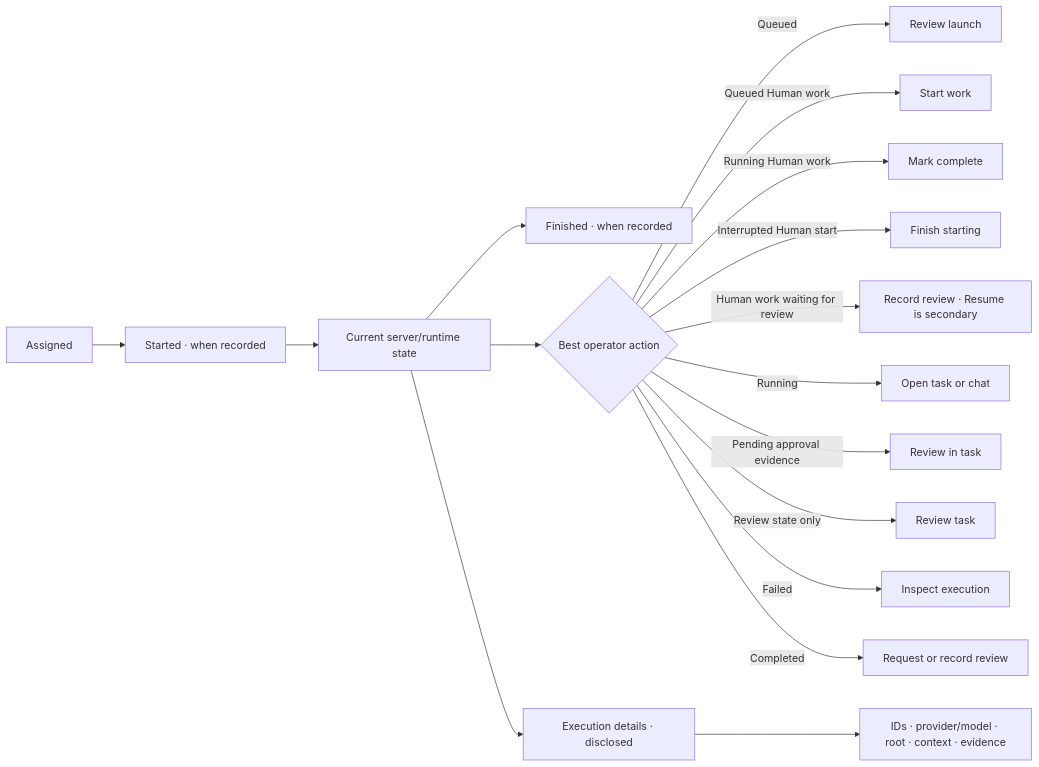
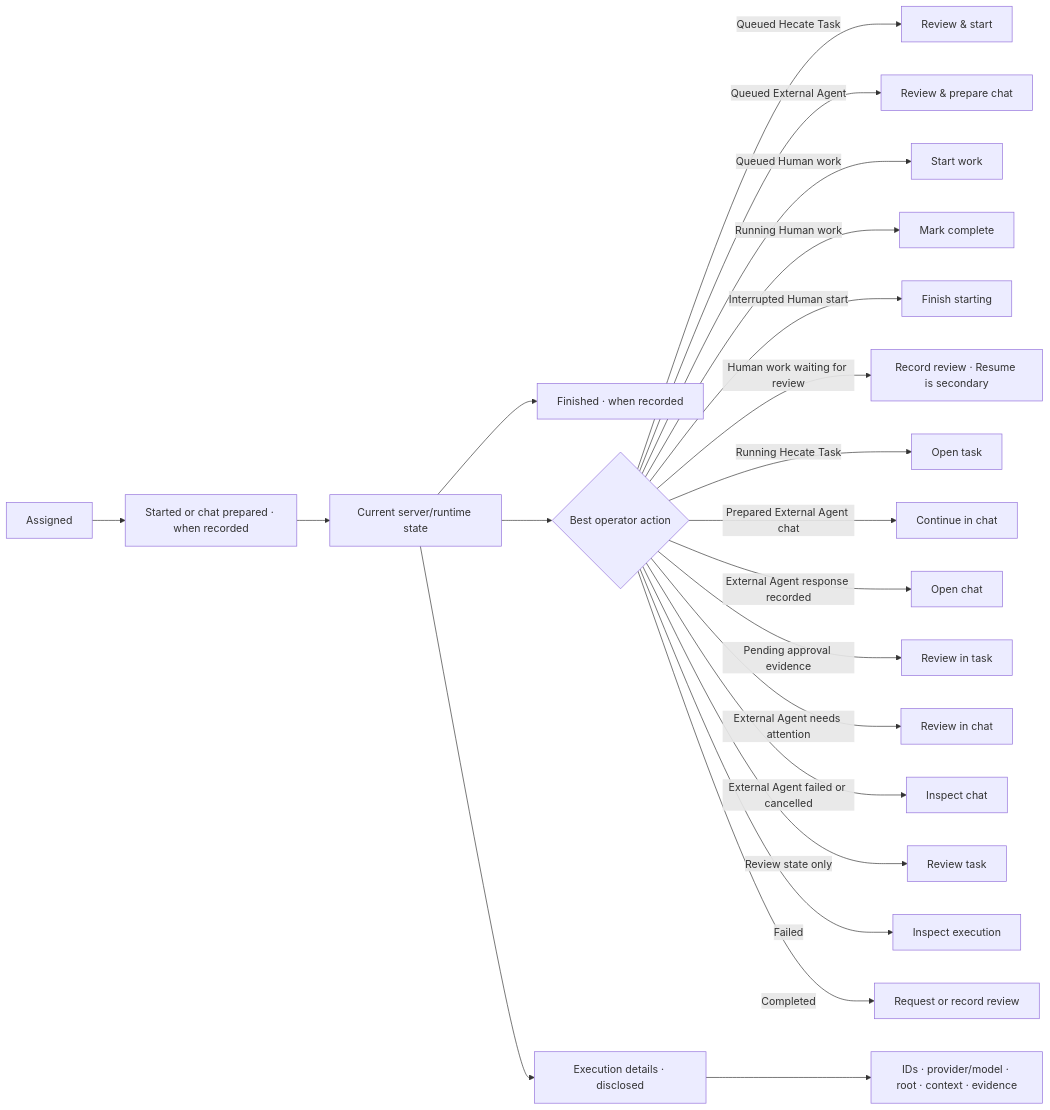
The sixth of 7 diagrams in docs/design/proposals/projects-cockpit-ux.md (hecatehq/hecate), drawn with Mermaid before and after one commit. The commit also changed other lines of this file and 16 other files, not shown here.

````diff
--- a/docs/design/proposals/projects-cockpit-ux.md
+++ b/docs/design/proposals/projects-cockpit-ux.md
@@ -360,19 +378,24 @@
 ```mermaid
 flowchart LR
-  Q["Assigned"] --> S["Started · when recorded"]
+  Q["Assigned"] --> S["Started or chat prepared · when recorded"]
   S --> C["Current server/runtime state"]
   C --> F["Finished · when recorded"]
   C --> A{"Best operator action"}
-  A -->|"Queued"| L["Review launch"]
+  A -->|"Queued Hecate Task"| L["Review & start"]
+  A -->|"Queued External Agent"| EL["Review & prepare chat"]
   A -->|"Queued Human work"| H["Start work"]
   A -->|"Running Human work"| HC["Mark complete"]
   A -->|"Interrupted Human start"| HI["Finish starting"]
   A -->|"Human work waiting for review"| HR["Record review · Resume is secondary"]
-  A -->|"Running"| T["Open task or chat"]
+  A -->|"Running Hecate Task"| T["Open task"]
+  A -->|"Prepared External Agent chat"| EC["Continue in chat"]
+  A -->|"External Agent response recorded"| EO["Open chat"]
   A -->|"Pending approval evidence"| P["Review in task"]
+  A -->|"External Agent needs attention"| ER["Review in chat"]
+  A -->|"External Agent failed or cancelled"| EI["Inspect chat"]
   A -->|"Review state only"| U["Review task"]
   A -->|"Failed"| I["Inspect execution"]
   A -->|"Completed"| R["Request or record review"]
   C --> D["Execution details · disclosed"]
   D --> E["IDs · provider/model · root · context · evidence"]
 ```
````
